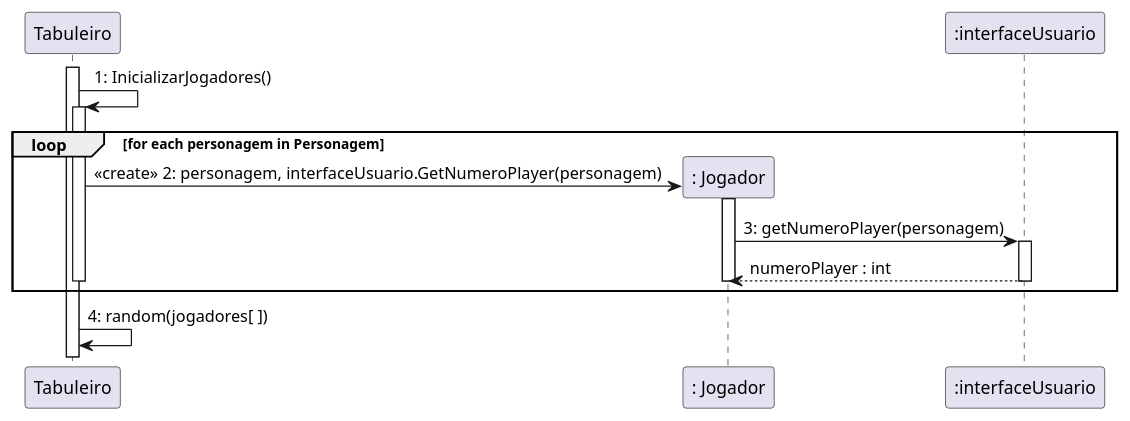
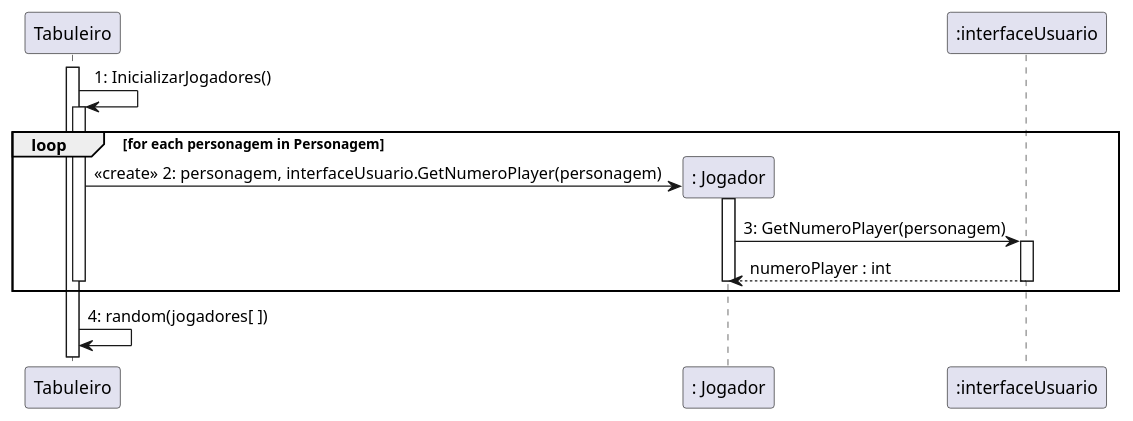
Before and after one commit to rogerpcto/ProjetoDeSoftware-UFF: the diagram in Documentação/diagrama-de-sequencia-Inicializa-jogadores.plantuml, drawn with PlantUML.

Commit message:
arruma diagrama inicializaJogadores

```diff
--- a/Documentação/diagrama-de-sequencia-Inicializa-jogadores.plantuml
+++ b/Documentação/diagrama-de-sequencia-Inicializa-jogadores.plantuml
@@ -1,19 +1,19 @@
 @startuml
 Activate Tabuleiro
 ":Tabuleiro" as Tabuleiro -> Tabuleiro : 1: InicializarJogadores()
 
 Create ": Jogador" as Jogador
 loop for each personagem in Personagem
     activate Tabuleiro
         Tabuleiro -> Jogador : <<create>> 2: personagem, interfaceUsuario.GetNumeroPlayer(personagem)
         activate Jogador
         
-            Jogador-> ":interfaceUsuario" as GUI : 3: getNumeroPlayer(personagem) 
+            Jogador-> ":interfaceUsuario" as GUI : 3: GetNumeroPlayer(personagem) 
             Activate GUI
             Jogador <-- GUI : numeroPlayer : int
             Deactivate GUI
         Deactivate Jogador
     Deactivate Tabuleiro   
 end loop
 Tabuleiro -> Tabuleiro : 4: random(jogadores[ ])
 @enduml
```
